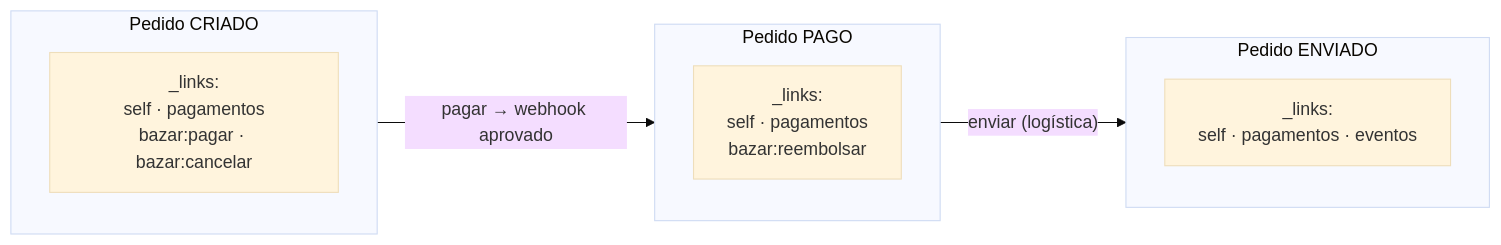
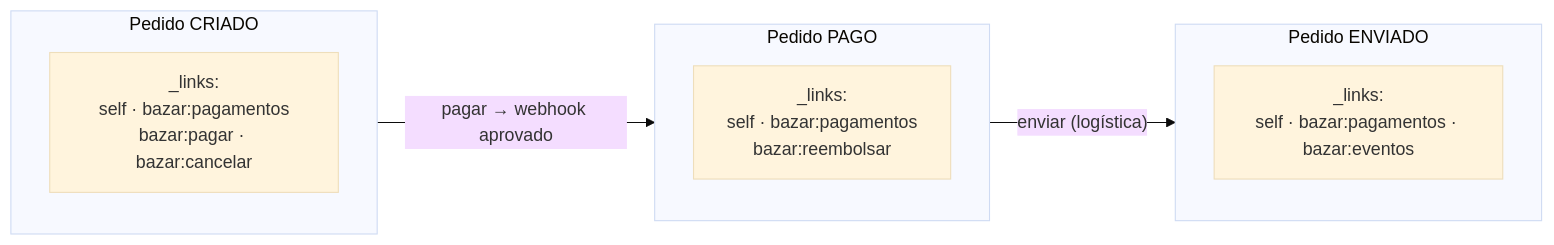
Before and after one commit to thiagodd/api-rest: the first of 2 diagrams in src/content/02-rest-e-estilos-de-api/03-04-hateoas-e-hipermidia.mdx, drawn with Mermaid (base theme). The commit also changed other lines of this file and 23 other files, not shown here.

````diff
--- a/src/content/02-rest-e-estilos-de-api/03-04-hateoas-e-hipermidia.mdx
+++ b/src/content/02-rest-e-estilos-de-api/03-04-hateoas-e-hipermidia.mdx
@@ -171,17 +171,17 @@
 ```mermaid title="Affordances do pedido conforme o estado"
 flowchart LR
     subgraph C[Pedido CRIADO]
         direction TB
-        C1["_links:<br/>self · pagamentos<br/>bazar:pagar · bazar:cancelar"]
+        C1["_links:<br/>self · bazar:pagamentos<br/>bazar:pagar · bazar:cancelar"]
     end
     subgraph P[Pedido PAGO]
         direction TB
-        P1["_links:<br/>self · pagamentos<br/>bazar:reembolsar"]
+        P1["_links:<br/>self · bazar:pagamentos<br/>bazar:reembolsar"]
     end
     subgraph E[Pedido ENVIADO]
         direction TB
-        E1["_links:<br/>self · pagamentos · eventos"]
+        E1["_links:<br/>self · bazar:pagamentos · bazar:eventos"]
     end
     C -- "pagar → webhook aprovado" --> P
     P -- "enviar (logística)" --> E
 ```
````
